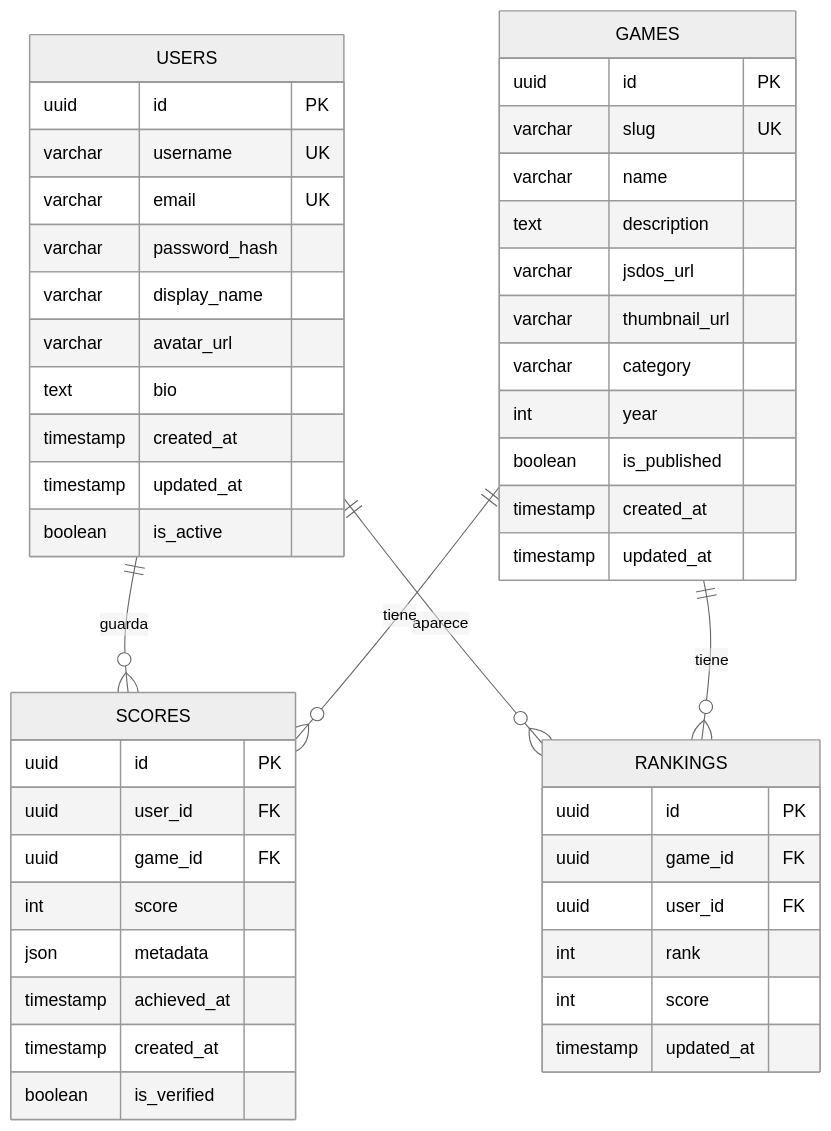
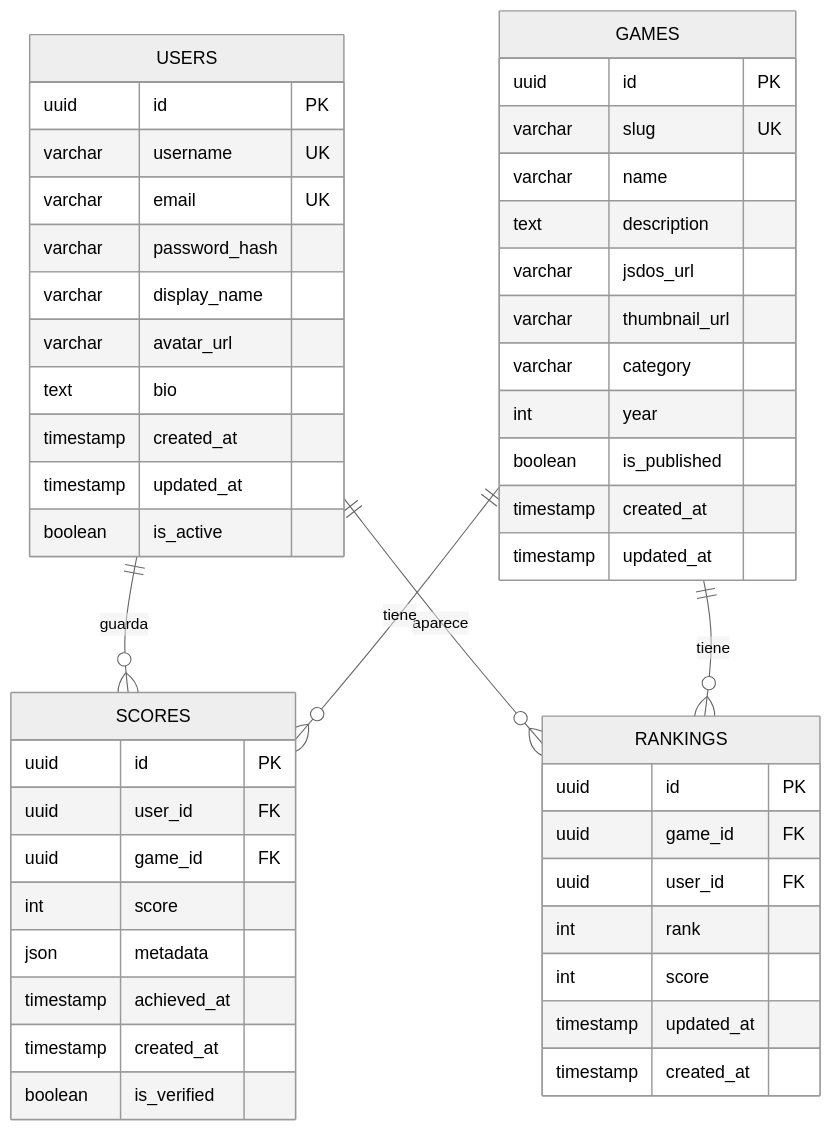
The diagram in infrastructure/database.mdx (retrogamecloud/docs), drawn with Mermaid (neutral theme) before and after one commit. The commit also changed other lines of this file and 33 other files, not shown here.

````diff
--- a/infrastructure/database.mdx
+++ b/infrastructure/database.mdx
@@ -22,50 +22,51 @@
 ```mermaid
 erDiagram
     USERS ||--o{ SCORES : guarda
     USERS ||--o{ RANKINGS : aparece
     GAMES ||--o{ SCORES : tiene
     GAMES ||--o{ RANKINGS : tiene
     USERS {
         uuid id PK
         varchar username UK
         varchar email UK
         varchar password_hash
         varchar display_name
         varchar avatar_url
         text bio
         timestamp created_at
         timestamp updated_at
         boolean is_active
     }
     GAMES {
         uuid id PK
         varchar slug UK
         varchar name
         text description
         varchar jsdos_url
         varchar thumbnail_url
         varchar category
         int year
         boolean is_published
         timestamp created_at
         timestamp updated_at
     }
     SCORES {
         uuid id PK
         uuid user_id FK
         uuid game_id FK
         int score
         json metadata
         timestamp achieved_at
         timestamp created_at
         boolean is_verified
     }
     RANKINGS {
         uuid id PK
         uuid game_id FK
         uuid user_id FK
         int rank
         int score
         timestamp updated_at
+        timestamp created_at
     }
 ```
````
